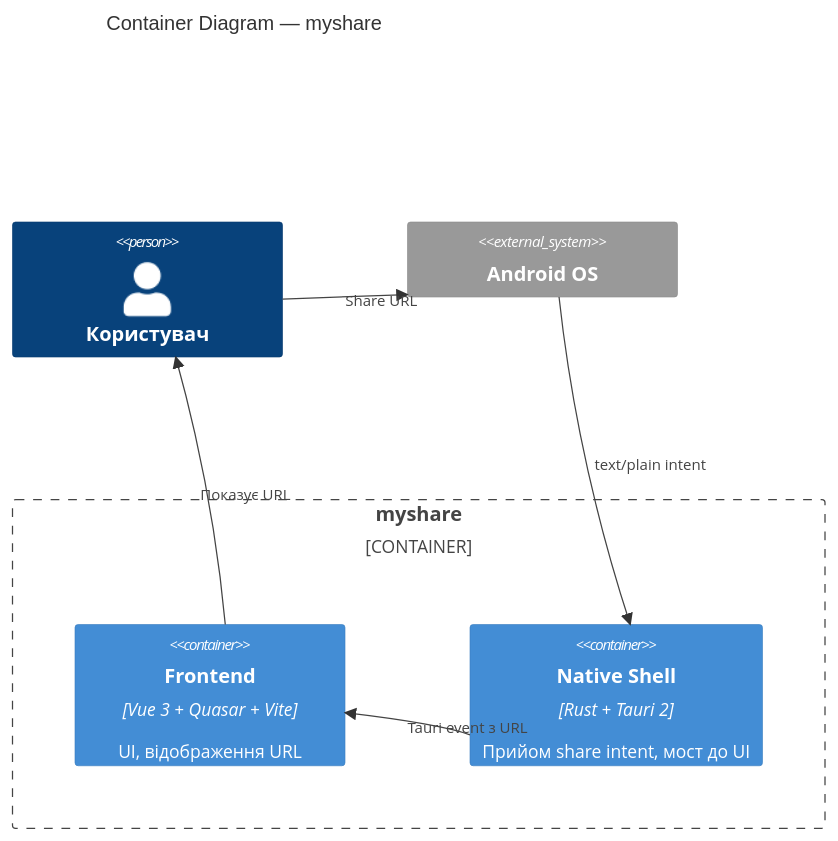
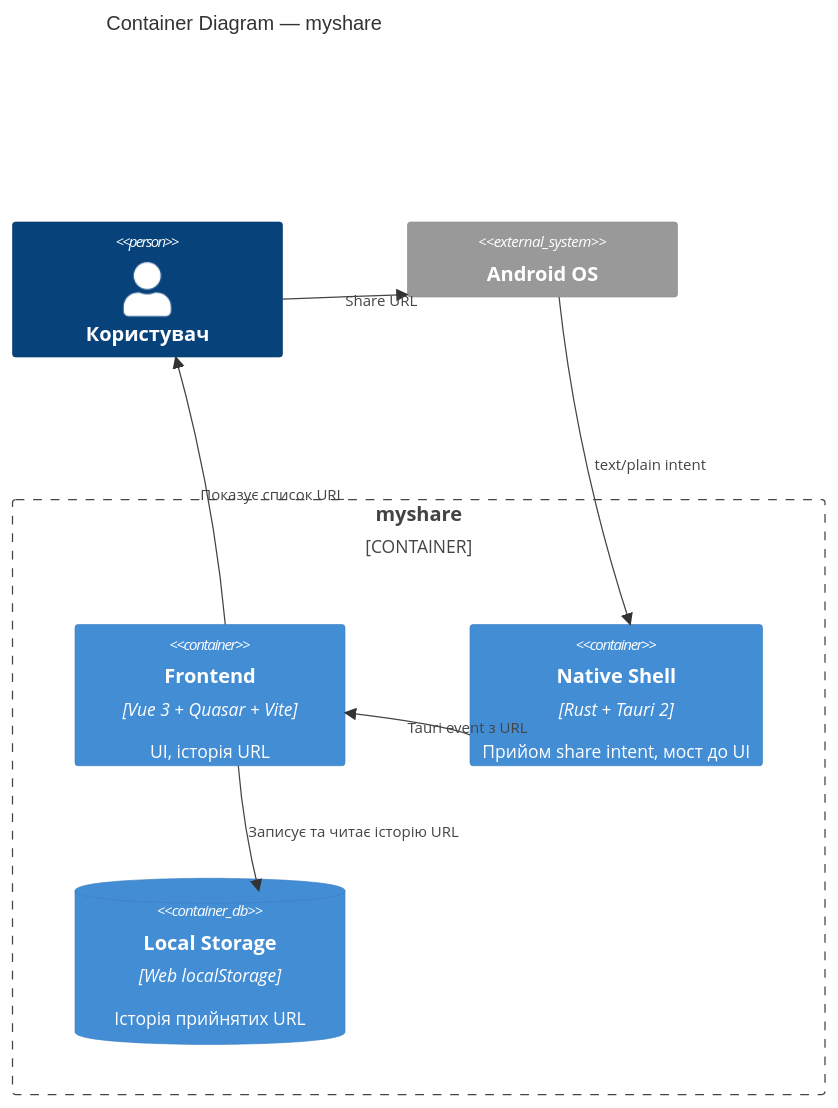
Before and after one commit to vitaliytv/myshare: the second of 2 diagrams in docs/explanation/architecture.md, drawn with Mermaid. The commit also changed other lines of this file and 13 other files, not shown here.

````diff
--- a/docs/explanation/architecture.md
+++ b/docs/explanation/architecture.md
@@ -37,14 +37,16 @@
 ```mermaid
 C4Container
   title Container Diagram — myshare
   Person(user, "Користувач")
   System_Ext(android, "Android OS")
   Container_Boundary(myshare, "myshare") {
-    Container(frontend, "Frontend", "Vue 3 + Quasar + Vite", "UI, відображення URL")
+    Container(frontend, "Frontend", "Vue 3 + Quasar + Vite", "UI, історія URL")
     Container(native, "Native Shell", "Rust + Tauri 2", "Прийом share intent, мост до UI")
+    ContainerDb(storage, "Local Storage", "Web localStorage", "Історія прийнятих URL")
   }
   Rel(user, android, "Share URL")
   Rel(android, native, "text/plain intent")
   Rel(native, frontend, "Tauri event з URL")
-  Rel(frontend, user, "Показує URL")
+  Rel(frontend, storage, "Записує та читає історію URL")
+  Rel(frontend, user, "Показує список URL")
 ```
````
